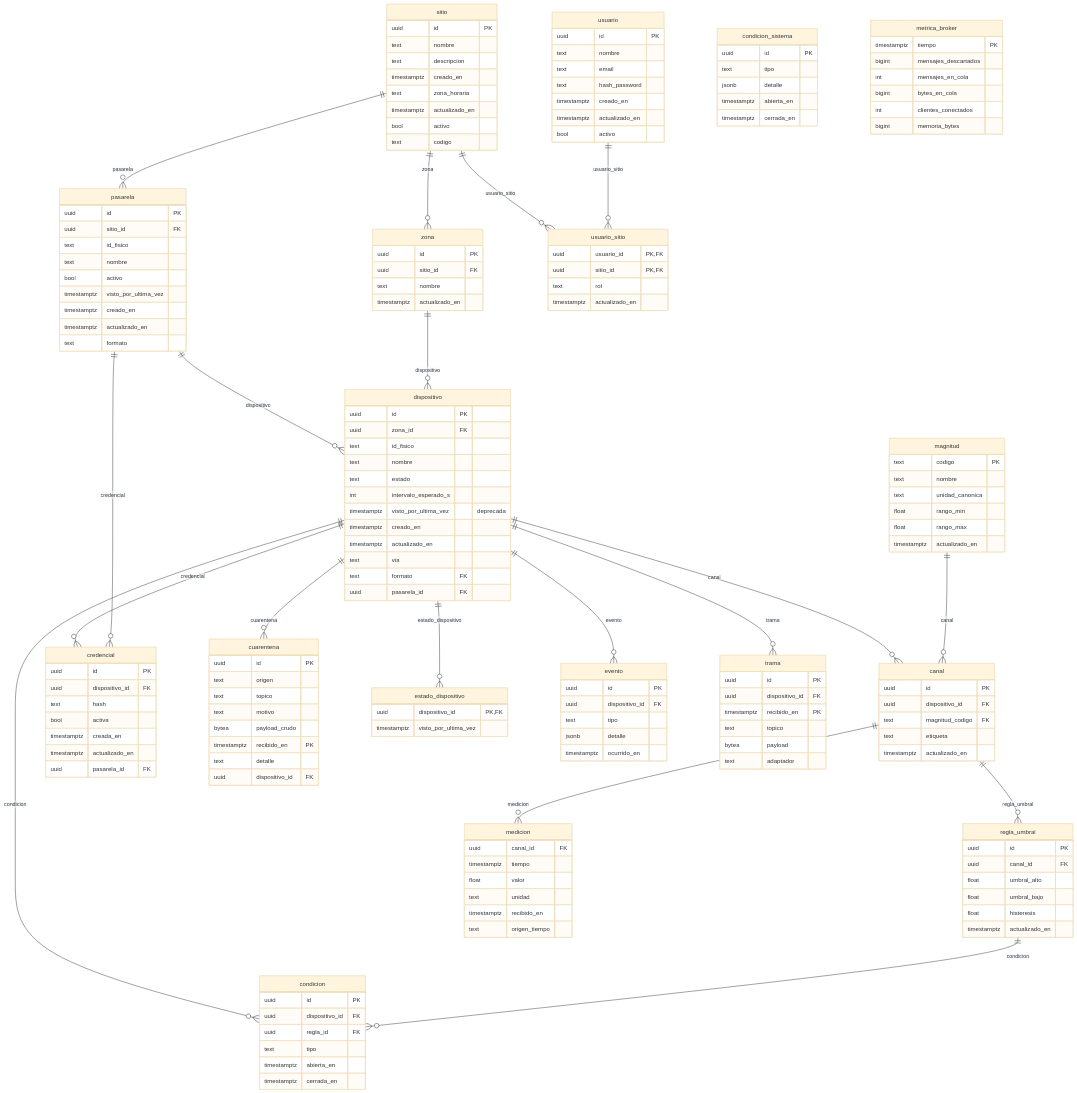
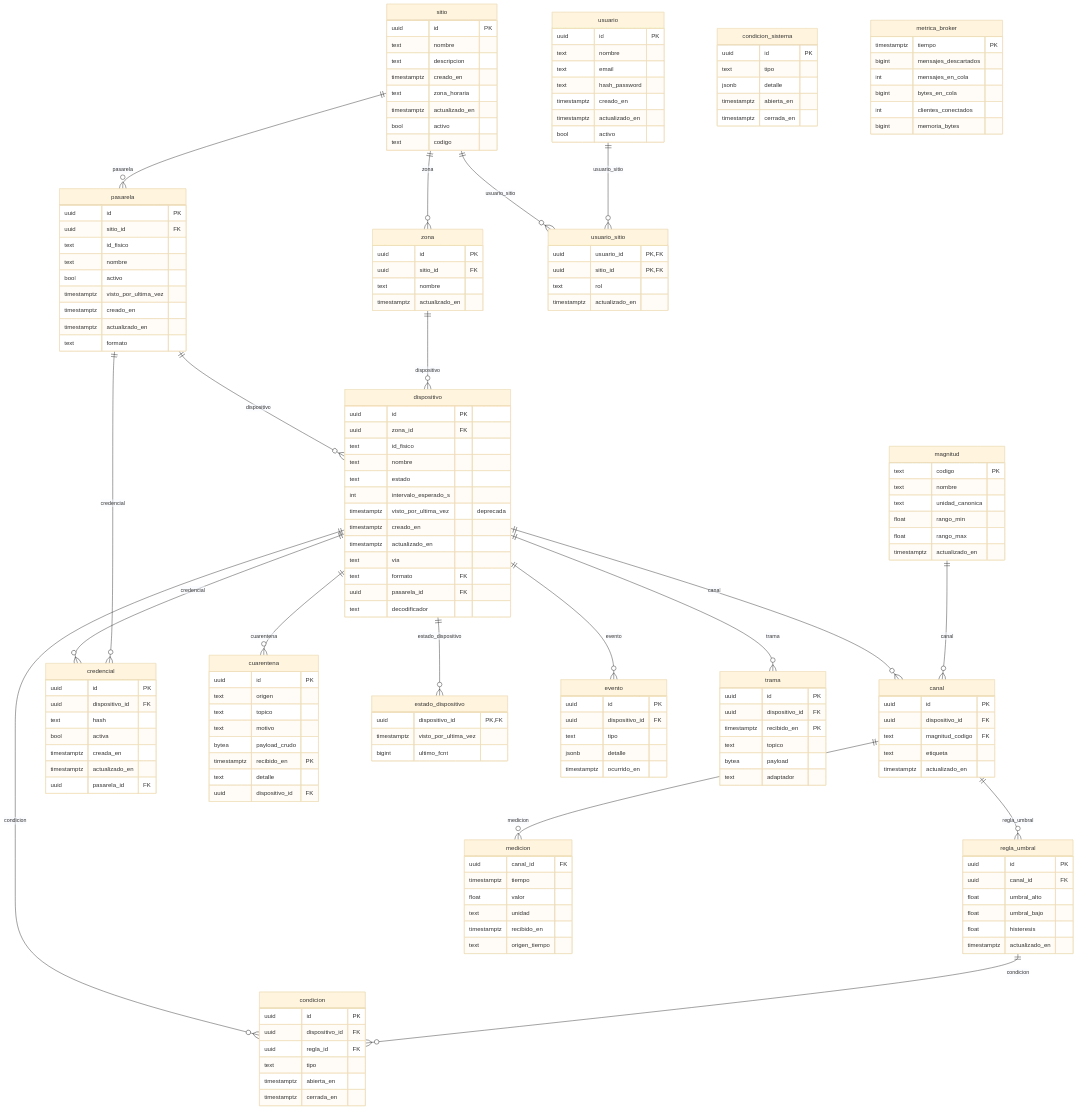
One commit to vicenterami/tesis changed the diagram in informe-oficial/figuras/mermaid/modelo-datos.mmd. Above: the diagram before and after it, drawn with Mermaid (base theme). The commit also changed 36 other files, not shown here.

```diff
--- a/informe-oficial/figuras/mermaid/modelo-datos.mmd
+++ b/informe-oficial/figuras/mermaid/modelo-datos.mmd
@@ -1,167 +1,169 @@
 erDiagram
     dispositivo ||--o{ canal : canal
     magnitud ||--o{ canal : canal
     dispositivo ||--o{ condicion : condicion
     regla_umbral ||--o{ condicion : condicion
     dispositivo ||--o{ credencial : credencial
     pasarela ||--o{ credencial : credencial
     dispositivo ||--o{ cuarentena : cuarentena
     pasarela ||--o{ dispositivo : dispositivo
     zona ||--o{ dispositivo : dispositivo
     dispositivo ||--o{ estado_dispositivo : estado_dispositivo
     dispositivo ||--o{ evento : evento
     canal ||--o{ medicion : medicion
     sitio ||--o{ pasarela : pasarela
     canal ||--o{ regla_umbral : regla_umbral
     dispositivo ||--o{ trama : trama
     sitio ||--o{ usuario_sitio : usuario_sitio
     usuario ||--o{ usuario_sitio : usuario_sitio
     sitio ||--o{ zona : zona
     canal {
         uuid id PK
         uuid dispositivo_id FK
         text magnitud_codigo FK
         text etiqueta
         timestamptz actualizado_en
     }
     condicion {
         uuid id PK
         uuid dispositivo_id FK
         uuid regla_id FK
         text tipo
         timestamptz abierta_en
         timestamptz cerrada_en
     }
     condicion_sistema {
         uuid id PK
         text tipo
         jsonb detalle
         timestamptz abierta_en
         timestamptz cerrada_en
     }
     credencial {
         uuid id PK
         uuid dispositivo_id FK
         text hash
         bool activa
         timestamptz creada_en
         timestamptz actualizado_en
         uuid pasarela_id FK
     }
     cuarentena {
         uuid id PK
         text origen
         text topico
         text motivo
         bytea payload_crudo
         timestamptz recibido_en PK
         text detalle
         uuid dispositivo_id FK
     }
     dispositivo {
         uuid id PK
         uuid zona_id FK
         text id_fisico
         text nombre
         text estado
         int intervalo_esperado_s
         timestamptz visto_por_ultima_vez "deprecada"
         timestamptz creado_en
         timestamptz actualizado_en
         text via
         text formato FK
         uuid pasarela_id FK
+        text decodificador
     }
     estado_dispositivo {
         uuid dispositivo_id PK,FK
         timestamptz visto_por_ultima_vez
+        bigint ultimo_fcnt
     }
     evento {
         uuid id PK
         uuid dispositivo_id FK
         text tipo
         jsonb detalle
         timestamptz ocurrido_en
     }
     magnitud {
         text codigo PK
         text nombre
         text unidad_canonica
         float rango_min
         float rango_max
         timestamptz actualizado_en
     }
     medicion {
         uuid canal_id FK
         timestamptz tiempo
         float valor
         text unidad
         timestamptz recibido_en
         text origen_tiempo
     }
     metrica_broker {
         timestamptz tiempo PK
         bigint mensajes_descartados
         int mensajes_en_cola
         bigint bytes_en_cola
         int clientes_conectados
         bigint memoria_bytes
     }
     pasarela {
         uuid id PK
         uuid sitio_id FK
         text id_fisico
         text nombre
         bool activo
         timestamptz visto_por_ultima_vez
         timestamptz creado_en
         timestamptz actualizado_en
         text formato
     }
     regla_umbral {
         uuid id PK
         uuid canal_id FK
         float umbral_alto
         float umbral_bajo
         float histeresis
         timestamptz actualizado_en
     }
     sitio {
         uuid id PK
         text nombre
         text descripcion
         timestamptz creado_en
         text zona_horaria
         timestamptz actualizado_en
         bool activo
         text codigo
     }
     trama {
         uuid id PK
         uuid dispositivo_id FK
         timestamptz recibido_en PK
         text topico
         bytea payload
         text adaptador
     }
     usuario {
         uuid id PK
         text nombre
         text email
         text hash_password
         timestamptz creado_en
         timestamptz actualizado_en
         bool activo
     }
     usuario_sitio {
         uuid usuario_id PK,FK
         uuid sitio_id PK,FK
         text rol
         timestamptz actualizado_en
     }
     zona {
         uuid id PK
         uuid sitio_id FK
         text nombre
         timestamptz actualizado_en
     }
```
